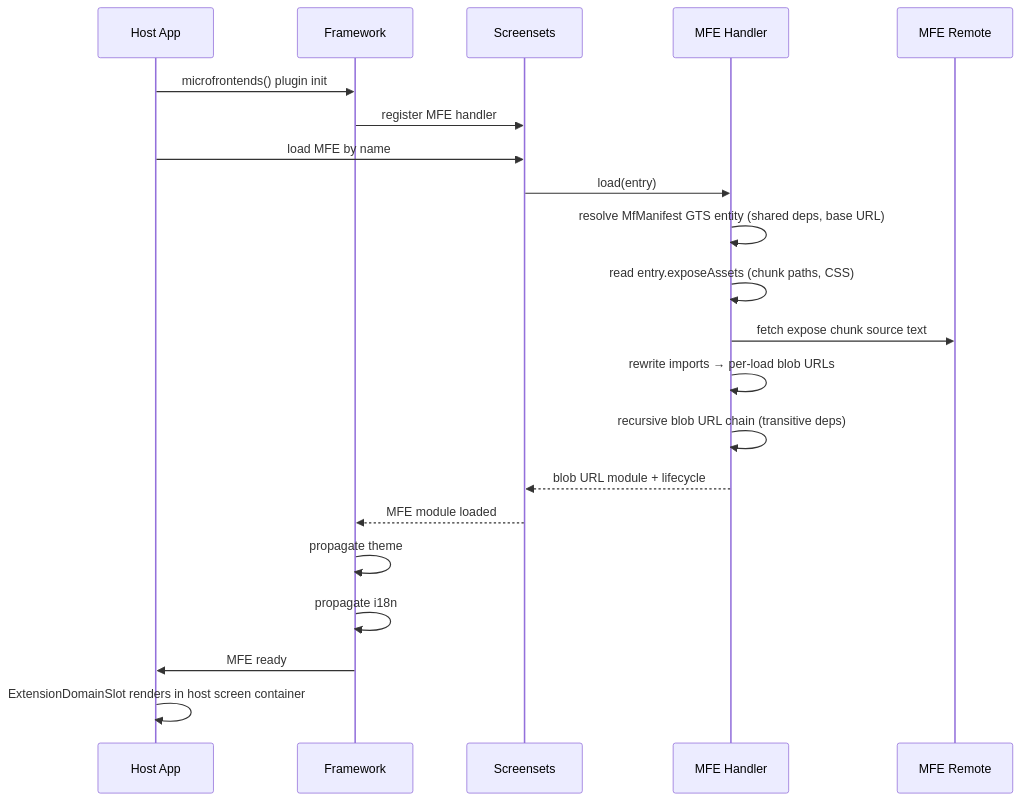
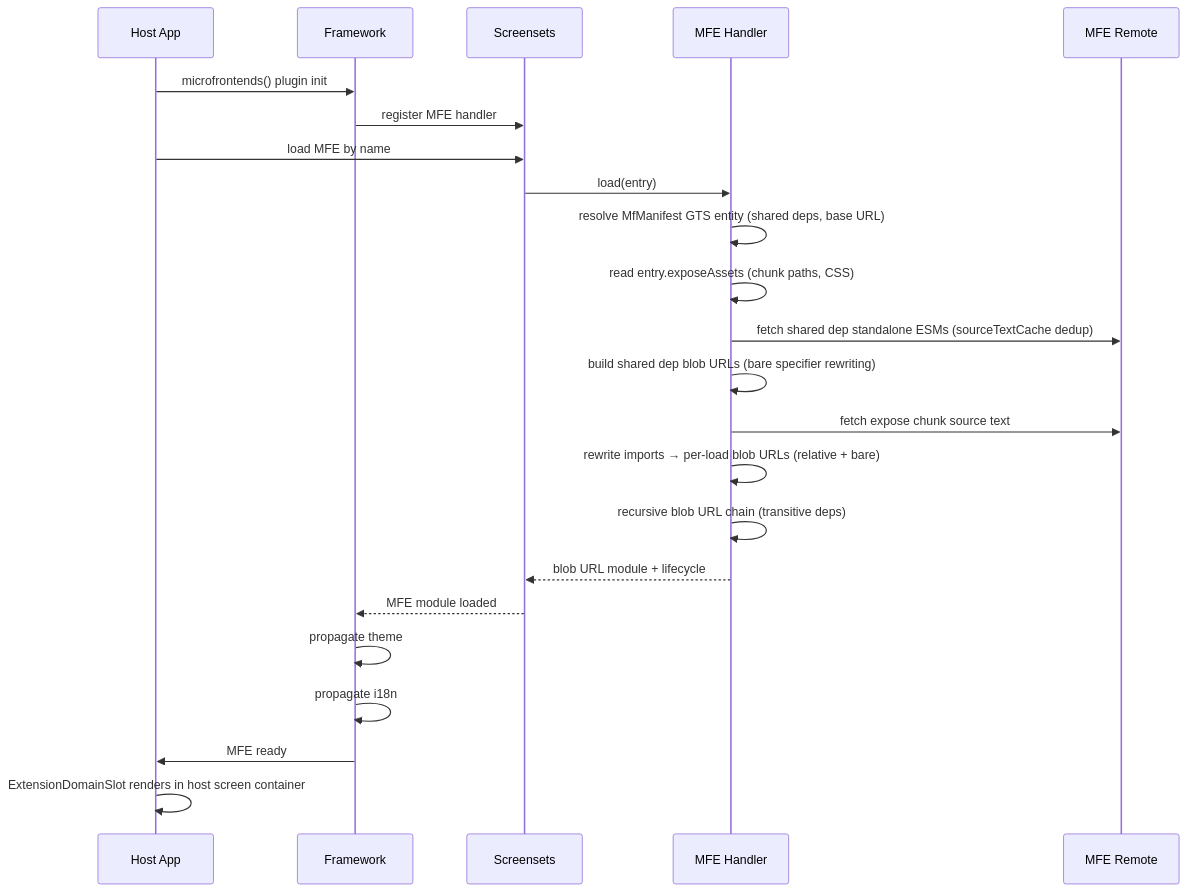
The third of 5 diagrams in architecture/DESIGN.md (GeraBart/HAI3), drawn with Mermaid before and after one commit. The commit also changed other lines of this file and 4 other files, not shown here.

````diff
--- a/architecture/DESIGN.md
+++ b/architecture/DESIGN.md
@@ -967,24 +968,26 @@
 ```mermaid
 sequenceDiagram
     participant Host as Host App
     participant FW as Framework
     participant SS as Screensets
     participant Handler as MFE Handler
     participant Remote as MFE Remote
 
     Host->>FW: microfrontends() plugin init
     FW->>SS: register MFE handler
     Host->>SS: load MFE by name
     SS->>Handler: load(entry)
     Handler->>Handler: resolve MfManifest GTS entity (shared deps, base URL)
     Handler->>Handler: read entry.exposeAssets (chunk paths, CSS)
+    Handler->>Remote: fetch shared dep standalone ESMs (sourceTextCache dedup)
+    Handler->>Handler: build shared dep blob URLs (bare specifier rewriting)
     Handler->>Remote: fetch expose chunk source text
-    Handler->>Handler: rewrite imports → per-load blob URLs
+    Handler->>Handler: rewrite imports → per-load blob URLs (relative + bare)
     Handler->>Handler: recursive blob URL chain (transitive deps)
     Handler-->>SS: blob URL module + lifecycle
     SS-->>FW: MFE module loaded
     FW->>FW: propagate theme
     FW->>FW: propagate i18n
     FW->>Host: MFE ready
     Host->>Host: ExtensionDomainSlot renders in host screen container
 ```
````
